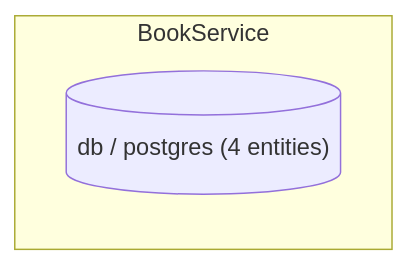
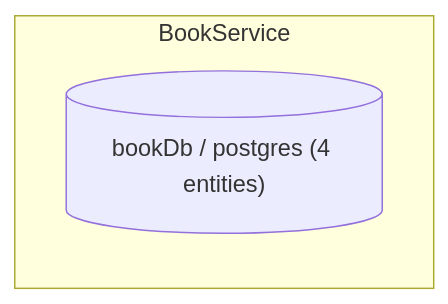
One commit to keturk/datrix changed the diagram in examples/01-tutorial/08-authentication/docs/diagrams/infrastructure.md. Above: the diagram before and after it, drawn with Mermaid. The commit also changed 158 other files, not shown here.

First line of the commit message:
Examples: name RDBMS blocks and align diagrams/docs with multi-datasource style

````diff
--- a/examples/01-tutorial/08-authentication/docs/diagrams/infrastructure.md
+++ b/examples/01-tutorial/08-authentication/docs/diagrams/infrastructure.md
@@ -3,6 +3,6 @@
 ```mermaid
 graph LR
     subgraph "BookService"
-    book_service_rdbms_db[("db / postgres (4 entities)")]
+    book_service_rdbms_book_db[("bookDb / postgres (4 entities)")]
     end
 ```
````
